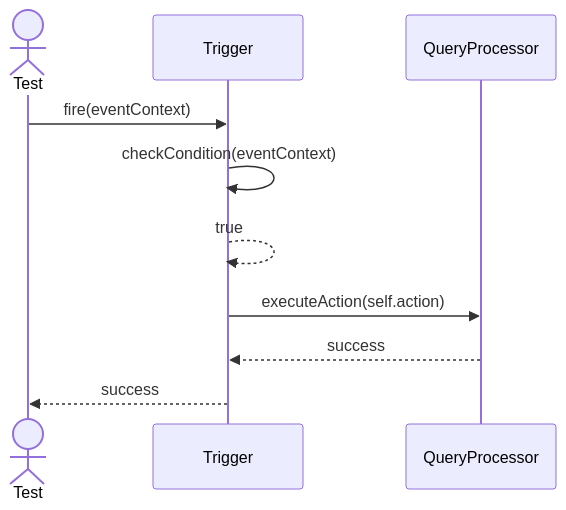
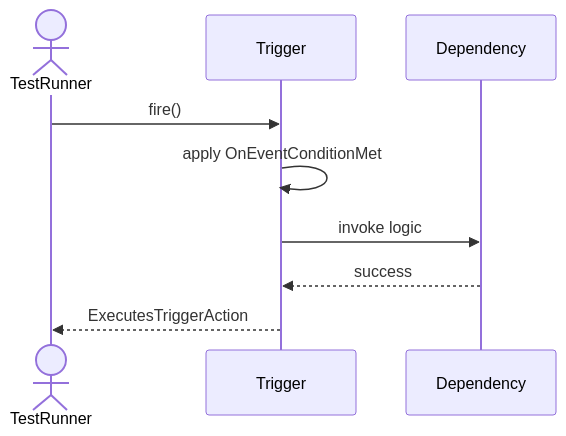
One commit to TamBui1706/DBMS changed the first of 6 diagrams in Sequences/DatabaseObjectManagement/Trigger.md. Above: the diagram before and after it, drawn with Mermaid. The commit also changed other lines of this file and 63 other files, not shown here.

Commit message:
Draw sequence diagram for unit tests

````diff
--- a/Sequences/DatabaseObjectManagement/Trigger.md
+++ b/Sequences/DatabaseObjectManagement/Trigger.md
@@ -15,13 +20,10 @@
 ```mermaid
 sequenceDiagram
-    actor Test
+    actor TestRunner
     participant Trigger
-    participant QueryProcessor
-
-    Test->>Trigger: fire(eventContext)
-    Trigger->>Trigger: checkCondition(eventContext)
-    Trigger-->>Trigger: true
-    Trigger->>QueryProcessor: executeAction(self.action)
-    QueryProcessor-->>Trigger: success
-    Trigger-->>Test: success
+    TestRunner->>Trigger: fire()
+    Trigger->>Trigger: apply OnEventConditionMet
+    Trigger->>Dependency: invoke logic
+    Dependency-->>Trigger: success
+    Trigger-->>TestRunner: ExecutesTriggerAction
 ```
````
